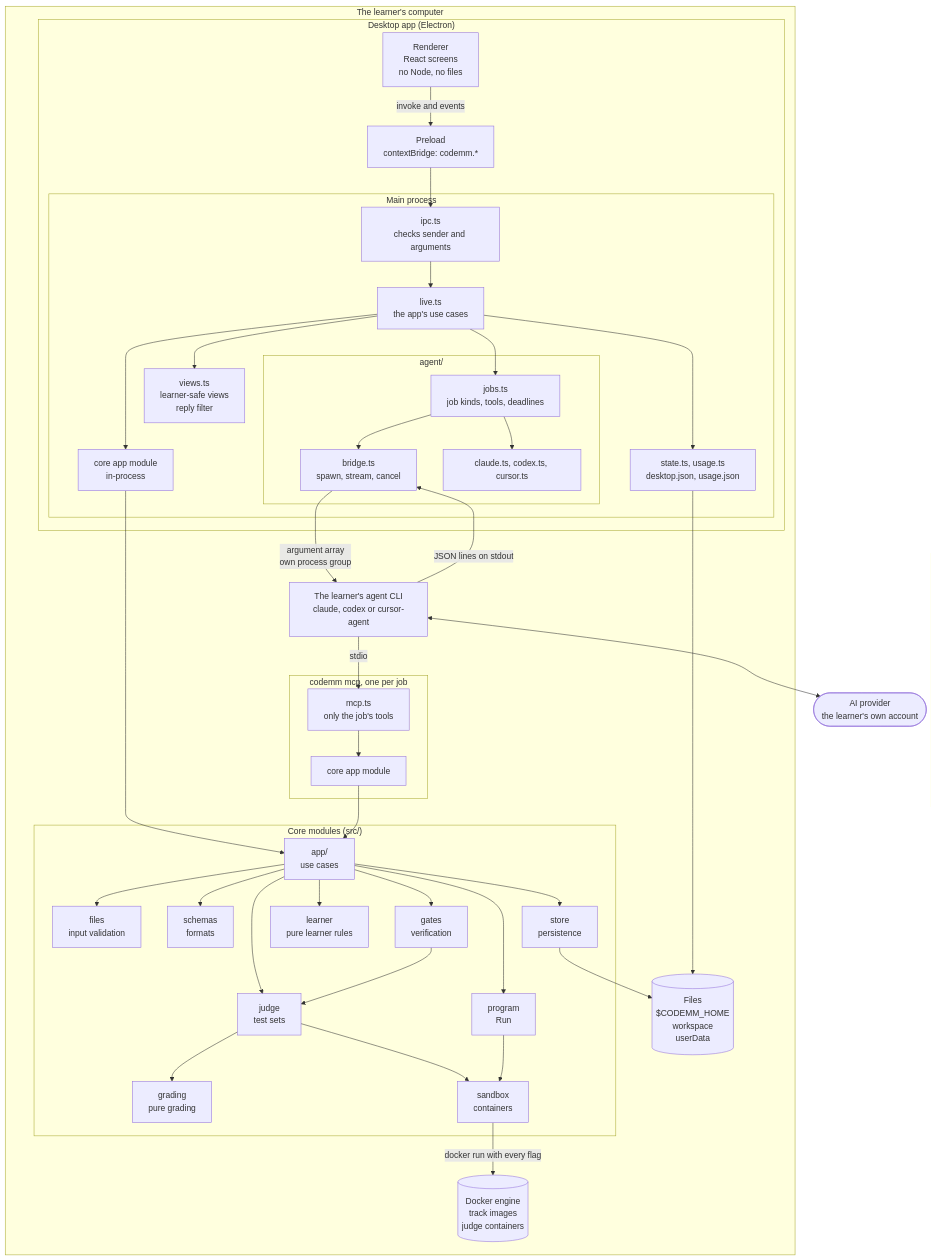
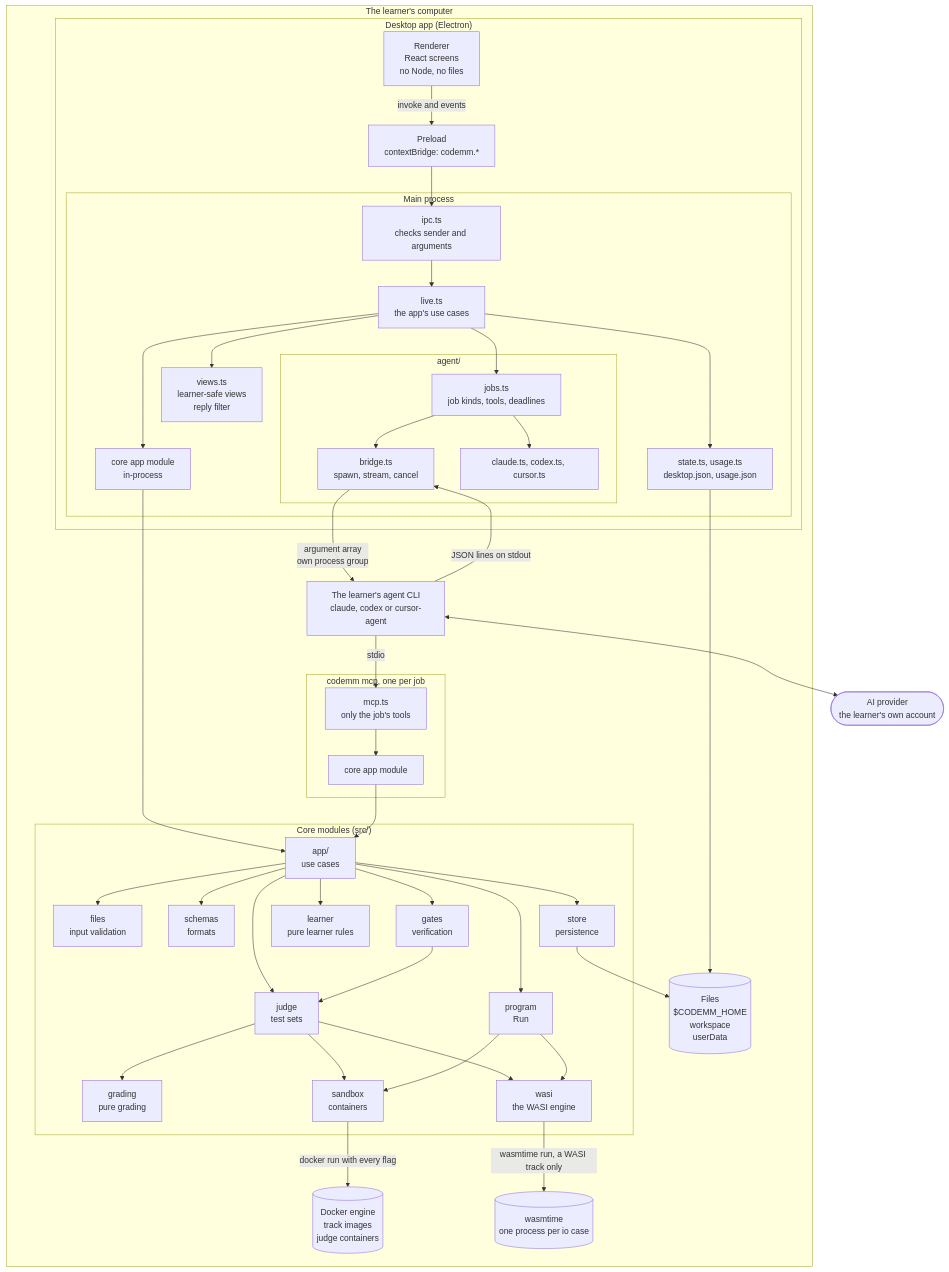
Before and after one commit to iignaite/Codemm: the first of 8 diagrams in docs/architecture.md, drawn with Mermaid. The commit also changed other lines of this file and 9 other files, not shown here.

````diff
--- a/docs/architecture.md
+++ b/docs/architecture.md
@@ -26,68 +26,73 @@
 ```mermaid
 flowchart TB
   subgraph PC["The learner's computer"]
     subgraph APP["Desktop app (Electron)"]
       R["Renderer<br>React screens<br>no Node, no files"]
       PRE["Preload<br>contextBridge: codemm.*"]
       subgraph MAIN["Main process"]
         IPC["ipc.ts<br>checks sender and arguments"]
         LIVE["live.ts<br>the app's use cases"]
         VIEWS["views.ts<br>learner-safe views<br>reply filter"]
         STATE["state.ts, usage.ts<br>desktop.json, usage.json"]
         subgraph BRIDGE["agent/"]
           JOBS["jobs.ts<br>job kinds, tools, deadlines"]
           RUN["bridge.ts<br>spawn, stream, cancel"]
           CLIS["claude.ts, codex.ts, cursor.ts"]
         end
         COREIN["core app module<br>in-process"]
       end
     end
     AGENT["The learner's agent CLI<br>claude, codex or cursor-agent"]
     subgraph SERVER["codemm mcp, one per job"]
       MCP["mcp.ts<br>only the job's tools"]
       CORESV["core app module"]
     end
     subgraph CORE["Core modules (src/)"]
       APPM["app/<br>use cases"]
       FILES["files<br>input validation"]
       SCHEMAS["schemas<br>formats"]
       GATES["gates<br>verification"]
       JUDGE["judge<br>test sets"]
       PROGRAM["program<br>Run"]
       GRADING["grading<br>pure grading"]
       LEARNER["learner<br>pure learner rules"]
       STORE["store<br>persistence"]
       SANDBOX["sandbox<br>containers"]
+      WASI["wasi<br>the WASI engine"]
     end
     DOCKER[("Docker engine<br>track images<br>judge containers")]
+    WASMTIME[("wasmtime<br>one process per io case")]
     DISK[("Files<br>$CODEMM_HOME<br>workspace<br>userData")]
   end
   AI(["AI provider<br>the learner's own account"])
 
   R -- "invoke and events" --> PRE --> IPC --> LIVE
   LIVE --> VIEWS
   LIVE --> STATE
   LIVE --> JOBS --> RUN
   JOBS --> CLIS
   LIVE --> COREIN
   RUN -- "argument array<br>own process group" --> AGENT
   AGENT -- "JSON lines on stdout" --> RUN
   AGENT <--> AI
   AGENT -- "stdio" --> MCP --> CORESV
   COREIN --> APPM
   CORESV --> APPM
   APPM --> FILES
   APPM --> SCHEMAS
   APPM --> GATES
   APPM --> JUDGE
   APPM --> PROGRAM
   APPM --> LEARNER
   APPM --> STORE
   GATES --> JUDGE
   JUDGE --> GRADING
   JUDGE --> SANDBOX
   PROGRAM --> SANDBOX
   SANDBOX -- "docker run with every flag" --> DOCKER
+  JUDGE --> WASI
+  PROGRAM --> WASI
+  WASI -- "wasmtime run, a WASI track only" --> WASMTIME
   STORE --> DISK
   STATE --> DISK
 ```
````
